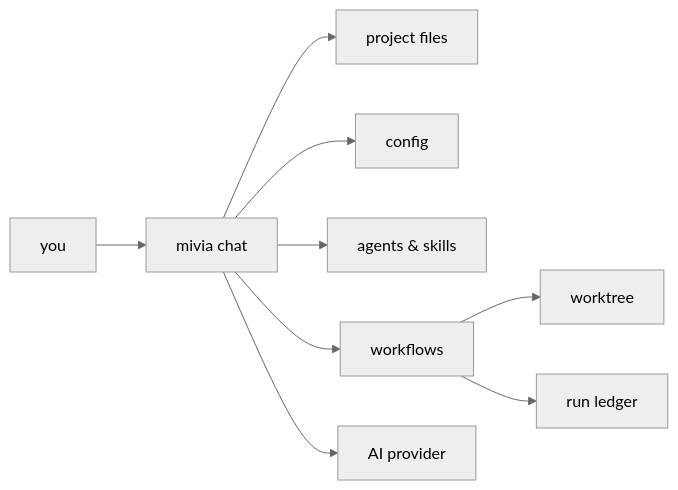
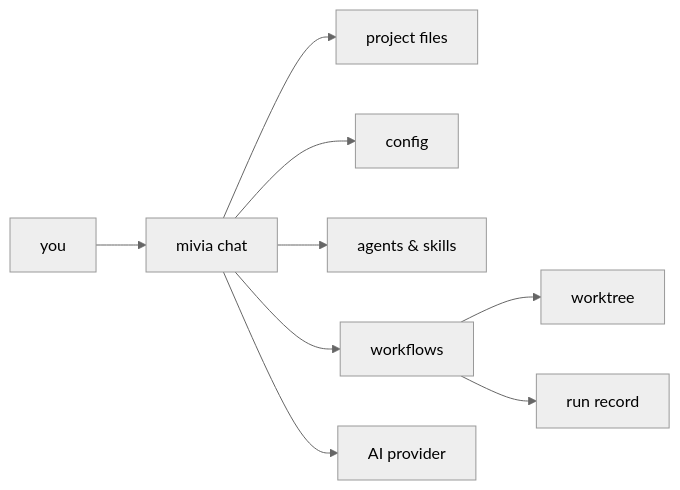
The diagram in README.md (MiviaLabs/mivia-agent), drawn with Mermaid (neutral theme) before and after one commit. The commit also changed other lines of this file and 9 other files, not shown here.

````diff
--- a/README.md
+++ b/README.md
@@ -79,11 +82,11 @@
 ```mermaid
 flowchart LR
     You["you"] --> Chat["mivia chat"]
     Chat --> Files["project files"]
     Chat --> Config["config"]
     Chat --> Agents["agents & skills"]
     Chat --> Workflows["workflows"]
     Workflows --> Worktree["worktree"]
-    Workflows --> Ledger["run ledger"]
+    Workflows --> Ledger["run record"]
     Chat --> Provider["AI provider"]
 ```
````
